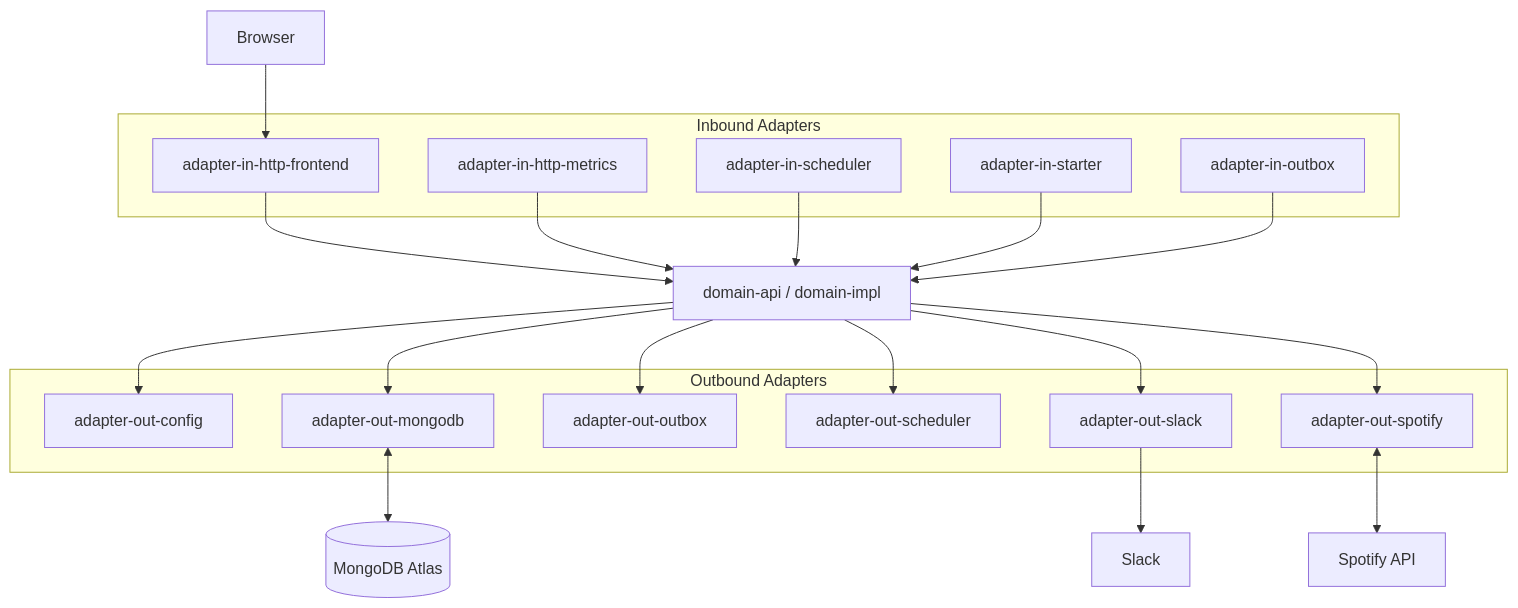
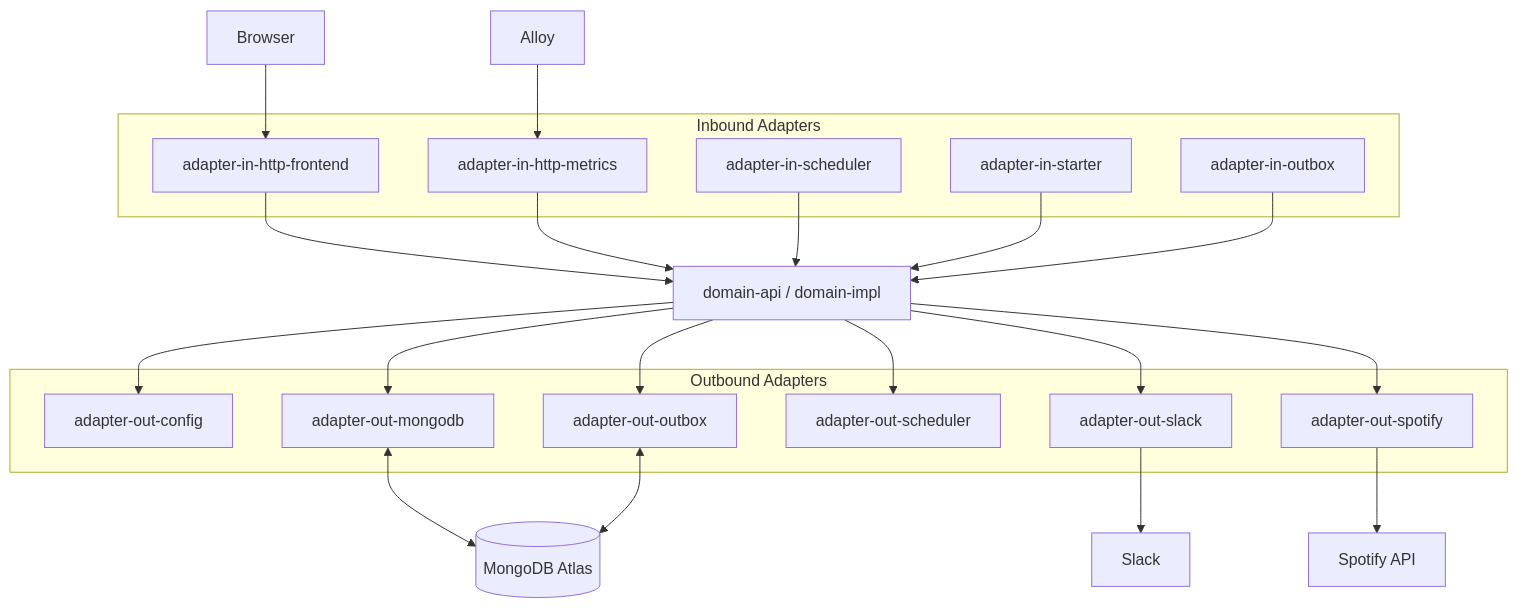
The first of 8 diagrams in docs/arc42/arc42.md (christiangroth/spotify-control), drawn with Mermaid before and after one commit. The commit also changed other lines of this file, not shown here.

````diff
--- a/docs/arc42/arc42.md
+++ b/docs/arc42/arc42.md
@@ -125,44 +127,47 @@
 ```mermaid
 flowchart TB
     Browser["Browser"]
     SpotifyAPI["Spotify API"]
     MongoDBAtlas[("MongoDB Atlas")]
     Slack["Slack"]
+    Alloy["Alloy"]
 
     subgraph Inbound["Inbound Adapters"]
         Web["adapter-in-http-frontend"]
         Metrics["adapter-in-http-metrics"]
         InOutbox["adapter-in-outbox"]
         Sched["adapter-in-scheduler"]
         Starter["adapter-in-starter"]
     end
 
     Domain["domain-api / domain-impl"]
 
     subgraph Outbound["Outbound Adapters"]
         Config["adapter-out-config"]
         Mongo["adapter-out-mongodb"]
         OutOutbox["adapter-out-outbox"]
         SchedOut["adapter-out-scheduler"]
         SlackAdp["adapter-out-slack"]
         SpotifyAdp["adapter-out-spotify"]
     end
 
     Browser --> Web
     Web --> Domain
     Metrics --> Domain
     Sched --> Domain
     Starter --> Domain
     InOutbox --> Domain
 
     Domain --> Config
     Domain --> Mongo
     Domain --> OutOutbox
     Domain --> SchedOut
     Domain --> SlackAdp
     Domain --> SpotifyAdp
 
     Mongo <--> MongoDBAtlas
-    SpotifyAdp <--> SpotifyAPI
+    OutOutbox <--> MongoDBAtlas
+    SpotifyAdp --> SpotifyAPI
     SlackAdp --> Slack
+    Alloy --> Metrics
 ```
````
